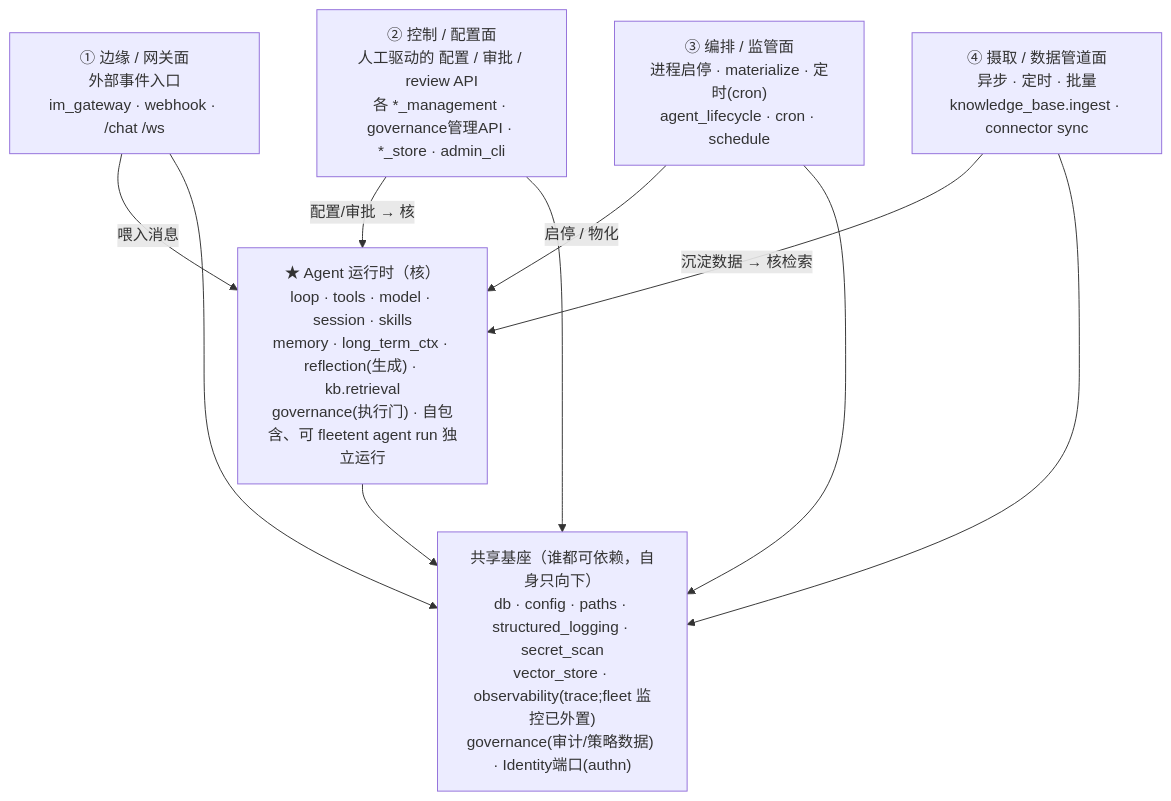
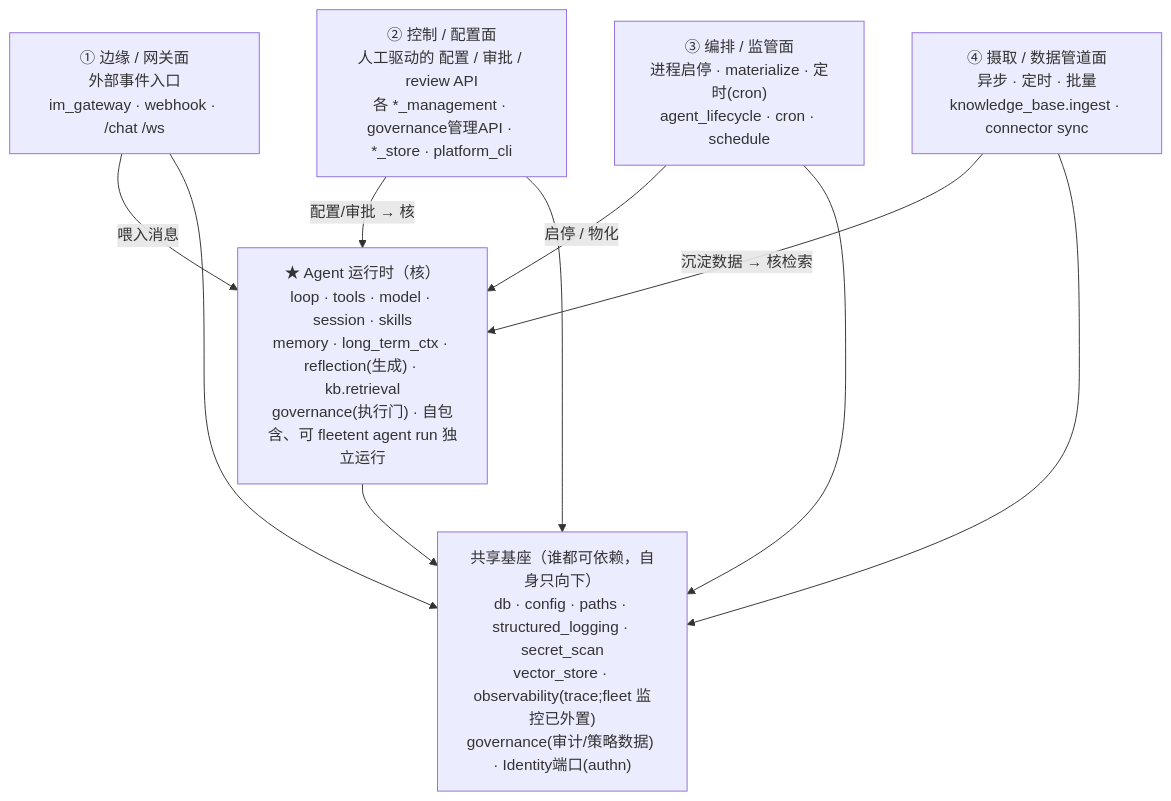
Before and after one commit to Summy2104/fleetent: the diagram in docs/architecture/target-architecture.md, drawn with Mermaid. The commit also changed other lines of this file and 7 other files, not shown here.

First line of the commit message:
docs(platform): complete admin_cli→platform_cli reference cleanup

````diff
--- a/docs/architecture/target-architecture.md
+++ b/docs/architecture/target-architecture.md
@@ -20,21 +20,21 @@
 ```mermaid
 flowchart TB
   EDGE["① 边缘 / 网关面<br/>外部事件入口<br/>im_gateway · webhook · /chat /ws"]
-  CTRL["② 控制 / 配置面<br/>人工驱动的 配置 / 审批 / review API<br/>各 *_management · governance管理API · *_store · admin_cli"]
+  CTRL["② 控制 / 配置面<br/>人工驱动的 配置 / 审批 / review API<br/>各 *_management · governance管理API · *_store · platform_cli"]
   ORCH["③ 编排 / 监管面<br/>进程启停 · materialize · 定时(cron)<br/>agent_lifecycle · cron · schedule"]
   INGEST["④ 摄取 / 数据管道面<br/>异步 · 定时 · 批量<br/>knowledge_base.ingest · connector sync"]
 
   CORE["★ Agent 运行时（核）<br/>loop · tools · model · session · skills<br/>memory · long_term_ctx · reflection(生成) · kb.retrieval<br/>governance(执行门) · 自包含、可 fleetent agent run 独立运行"]
 
   INFRA["共享基座（谁都可依赖，自身只向下）<br/>db · config · paths · structured_logging · secret_scan<br/>vector_store · observability(trace;fleet 监控已外置)<br/>governance(审计/策略数据) · Identity端口(authn)"]
 
   EDGE -->|喂入消息| CORE
   CTRL -->|配置/审批 → 核| CORE
   ORCH -->|启停 / 物化| CORE
   INGEST -->|沉淀数据 → 核检索| CORE
   CORE --> INFRA
   EDGE --> INFRA
   CTRL --> INFRA
   ORCH --> INFRA
   INGEST --> INFRA
 ```
````
